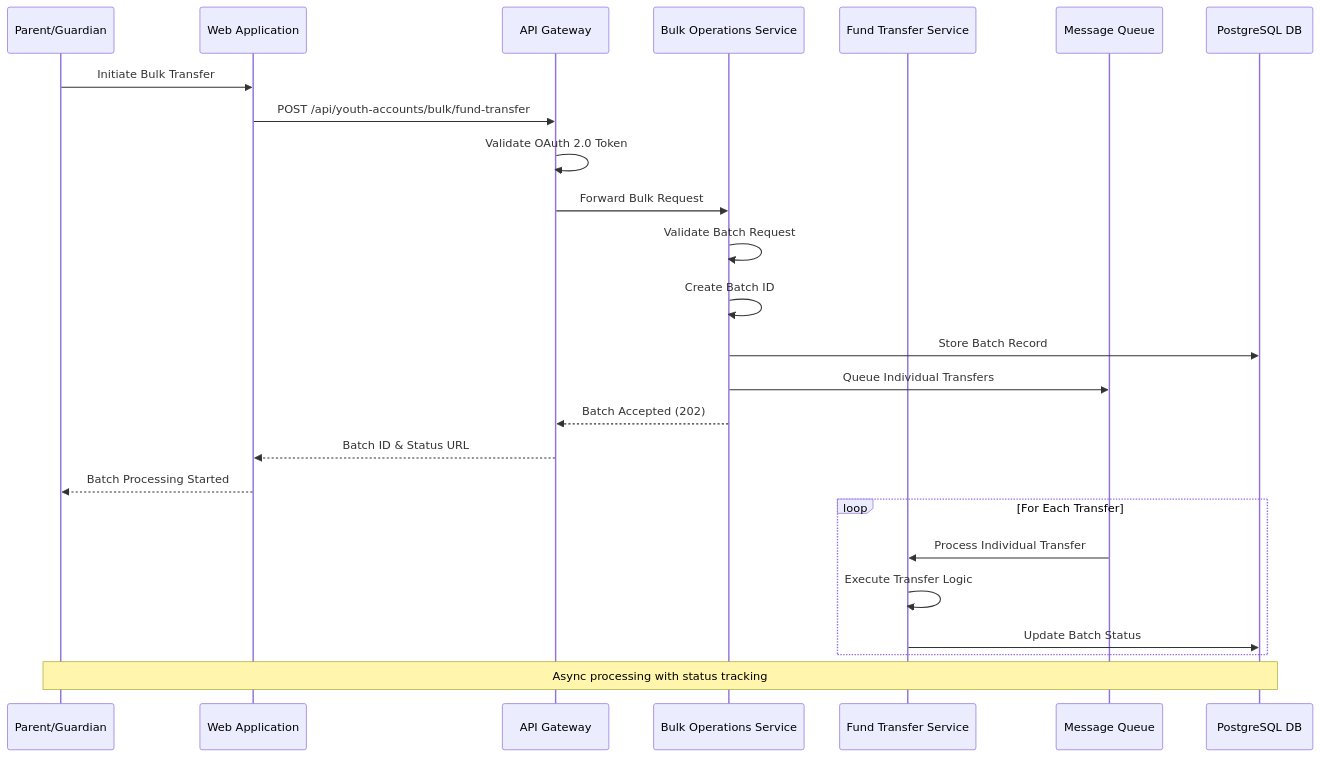
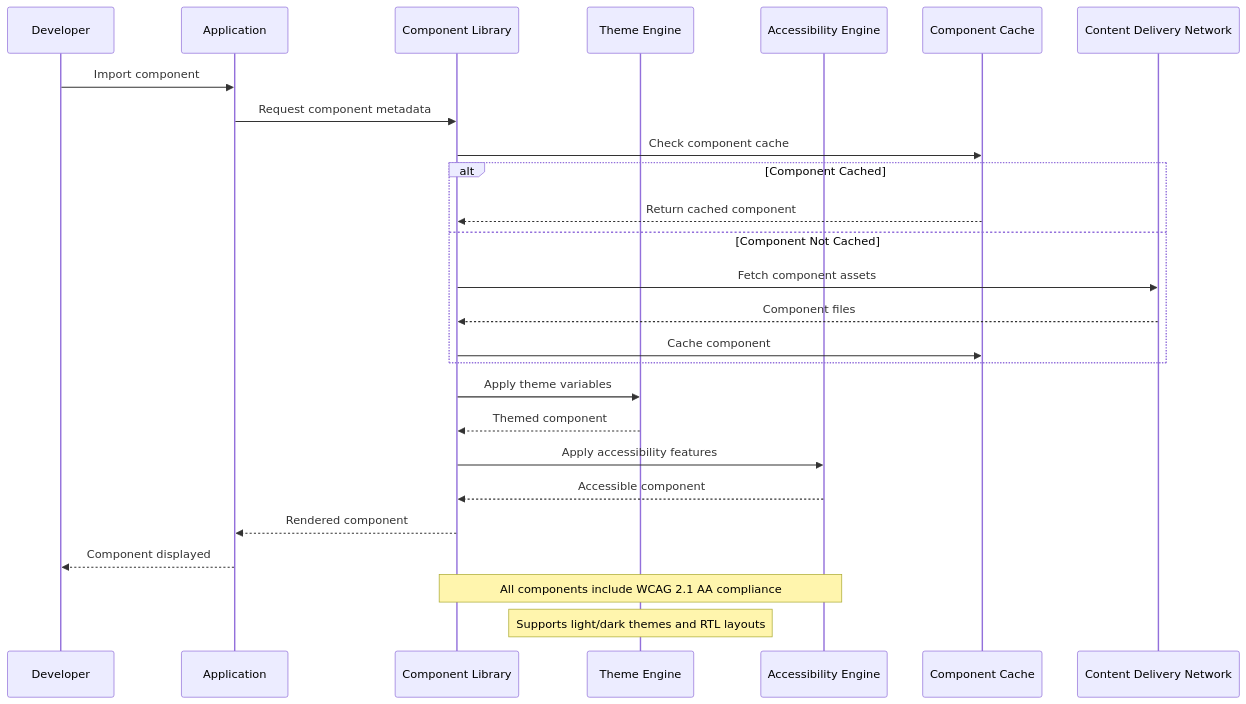
Before and after one commit to ThapaswiASC/SCIB-INCEPTION-PHASE-DEMO: the fifth of 7 diagrams in API Development/Components and Sequence Diagrams/sequence_diagram.md, drawn with Mermaid. The commit also changed other lines of this file and 1 other file, not shown here.

````diff
--- a/API Development/Components and Sequence Diagrams/sequence_diagram.md
+++ b/API Development/Components and Sequence Diagrams/sequence_diagram.md
@@ -264,32 +212,34 @@
 ```mermaid
 sequenceDiagram
-    participant Parent as Parent/Guardian
-    participant WebApp as Web Application
-    participant APIGateway as API Gateway
-    participant BulkService as Bulk Operations Service
-    participant TransferService as Fund Transfer Service
-    participant MessageQueue as Message Queue
-    participant Database as PostgreSQL DB
+    participant Dev as Developer
+    participant App as Application
+    participant CompLib as Component Library
+    participant ThemeEngine as Theme Engine
+    participant A11y as Accessibility Engine
+    participant Cache as Component Cache
+    participant CDN as Content Delivery Network
     
-    Parent->>WebApp: Initiate Bulk Transfer
-    WebApp->>APIGateway: POST /api/youth-accounts/bulk/fund-transfer
-    APIGateway->>APIGateway: Validate OAuth 2.0 Token
-    APIGateway->>BulkService: Forward Bulk Request
+    Dev->>App: Import component
+    App->>CompLib: Request component metadata
+    CompLib->>Cache: Check component cache
     
-    BulkService->>BulkService: Validate Batch Request
-    BulkService->>BulkService: Create Batch ID
-    BulkService->>Database: Store Batch Record
-    
-    BulkService->>MessageQueue: Queue Individual Transfers
-    BulkService-->>APIGateway: Batch Accepted (202)
-    APIGateway-->>WebApp: Batch ID & Status URL
-    WebApp-->>Parent: Batch Processing Started
-    
-    loop For Each Transfer
-        MessageQueue->>TransferService: Process Individual Transfer
-        TransferService->>TransferService: Execute Transfer Logic
-        TransferService->>Database: Update Batch Status
+    alt Component Cached
+        Cache-->>CompLib: Return cached component
+    else Component Not Cached
+        CompLib->>CDN: Fetch component assets
+        CDN-->>CompLib: Component files
+        CompLib->>Cache: Cache component
     end
     
-    Note over Parent, Database: Async processing with status tracking
+    CompLib->>ThemeEngine: Apply theme variables
+    ThemeEngine-->>CompLib: Themed component
+    
+    CompLib->>A11y: Apply accessibility features
+    A11y-->>CompLib: Accessible component
+    
+    CompLib-->>App: Rendered component
+    App-->>Dev: Component displayed
+    
+    Note over CompLib,A11y: All components include WCAG 2.1 AA compliance
+    Note over ThemeEngine: Supports light/dark themes and RTL layouts
 ```
````
